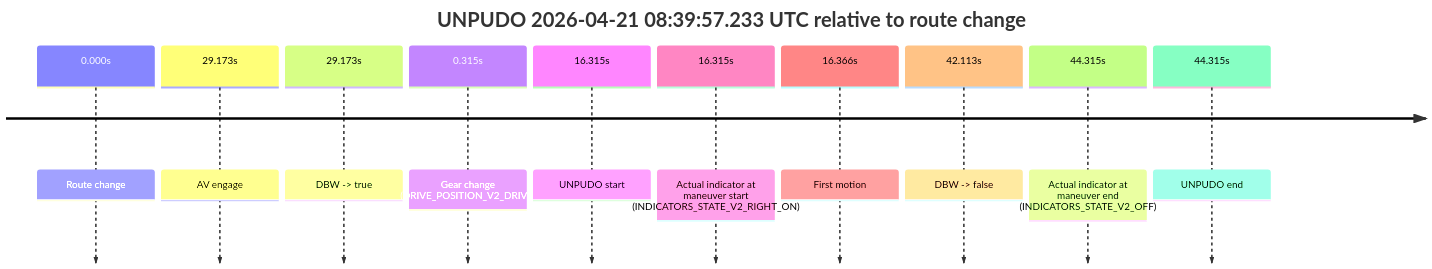
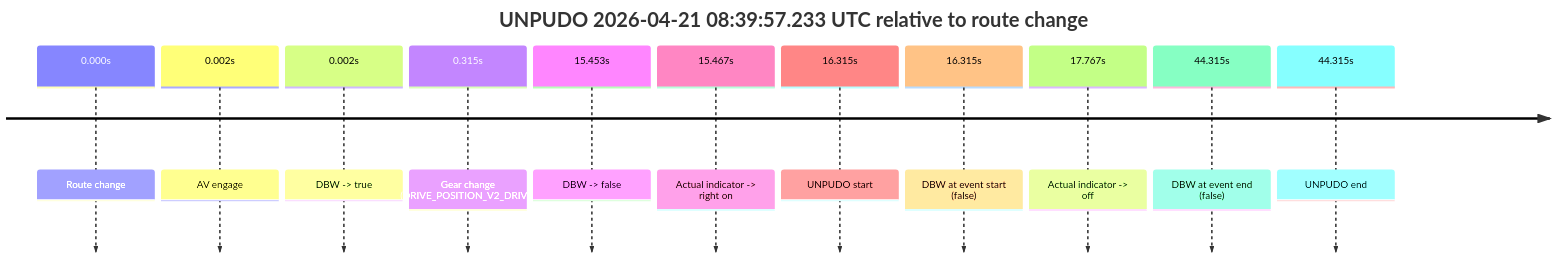
Before and after one commit to yoelshapiro/vault: the second of 10 diagrams in model_analysis/report_cards/2026/04/Week-4/fme20038--2026-04-21--08-28-49--gen2-av-39637566-e5c2-44a6-87cc-8c6b8aafa0bd.md, drawn with Mermaid. The commit also changed other lines of this file and 85 other files, not shown here.

````diff
--- a/model_analysis/report_cards/2026/04/Week-4/fme20038--2026-04-21--08-28-49--gen2-av-39637566-e5c2-44a6-87cc-8c6b8aafa0bd.md
+++ b/model_analysis/report_cards/2026/04/Week-4/fme20038--2026-04-21--08-28-49--gen2-av-39637566-e5c2-44a6-87cc-8c6b8aafa0bd.md
@@ -129,14 +135,15 @@
 ```mermaid
 timeline
     title UNPUDO 2026-04-21 08:39:57.233 UTC relative to route change
     0.000s : Route change
-    29.173s : AV engage
-    29.173s : DBW -> true
+    0.002s : AV engage
+    0.002s : DBW -> true
     0.315s : Gear change (DRIVE_POSITION_V2_DRIVE)
+    15.453s : DBW -> false
+    15.467s : Actual indicator -> right on
     16.315s : UNPUDO start
-    16.315s : Actual indicator at maneuver start (INDICATORS_STATE_V2_RIGHT_ON)
-    16.366s : First motion
-    42.113s : DBW -> false
-    44.315s : Actual indicator at maneuver end (INDICATORS_STATE_V2_OFF)
+    16.315s : DBW at event start (false)
+    17.767s : Actual indicator -> off
+    44.315s : DBW at event end (false)
     44.315s : UNPUDO end
 ```
````
